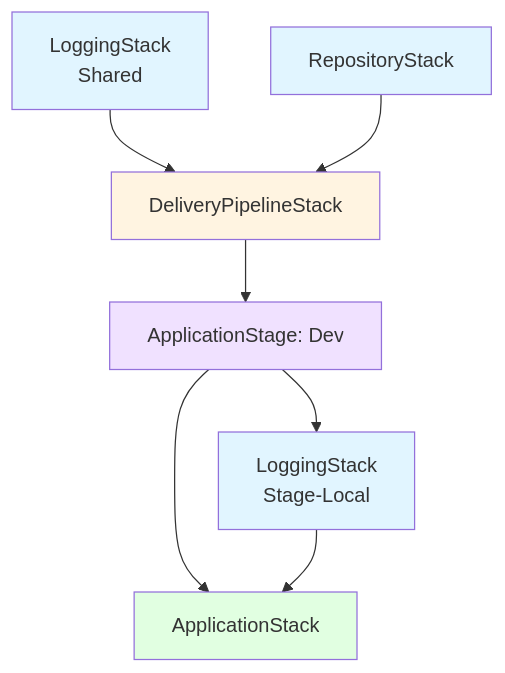
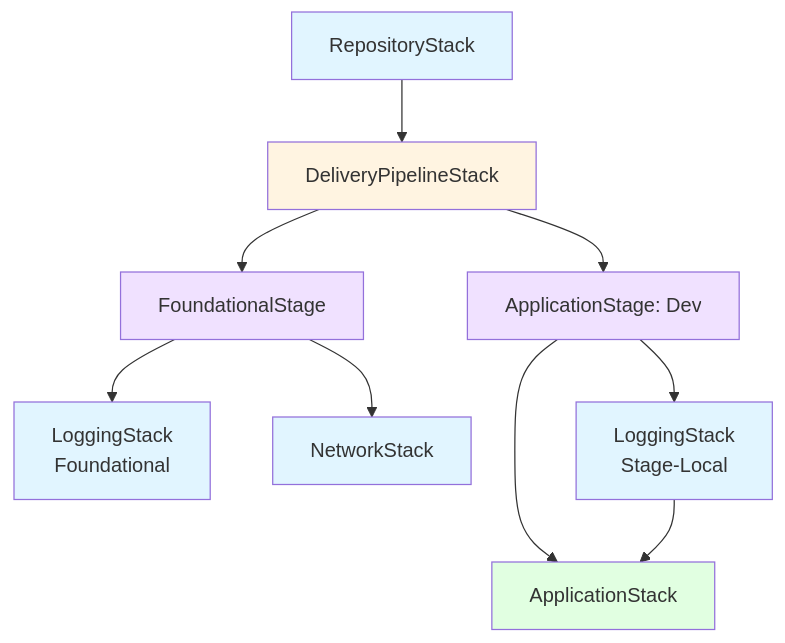
One commit to tramaine-codes/aws-cdk-delivery-patterns changed the first of 9 diagrams in docs/diagrams.md. Above: the diagram before and after it, drawn with Mermaid. The commit also changed other lines of this file and 15 other files, not shown here.

First line of the commit message:
refactor: move foundational stacks into pipeline-managed stage

````diff
--- a/docs/diagrams.md
+++ b/docs/diagrams.md
@@ -5,16 +5,20 @@
 ```mermaid
 graph TD
-    A[LoggingStack<br/>Shared] --> C[DeliveryPipelineStack]
-    B[RepositoryStack] --> C
-    C --> D[ApplicationStage: Dev]
-    D --> E[LoggingStack<br/>Stage-Local]
-    D --> F[ApplicationStack]
-    E --> F
-    
+    A[RepositoryStack] --> B[DeliveryPipelineStack]
+    B --> C[FoundationalStage]
+    B --> D[ApplicationStage: Dev]
+    C --> E[LoggingStack<br/>Foundational]
+    C --> F[NetworkStack]
+    D --> G[LoggingStack<br/>Stage-Local]
+    D --> H[ApplicationStack]
+    G --> H
+
     style A fill:#e1f5ff
-    style B fill:#e1f5ff
-    style C fill:#fff4e1
+    style B fill:#fff4e1
+    style C fill:#f0e1ff
     style D fill:#f0e1ff
     style E fill:#e1f5ff
-    style F fill:#e1ffe1
+    style F fill:#e1f5ff
+    style G fill:#e1f5ff
+    style H fill:#e1ffe1
 ```
````
